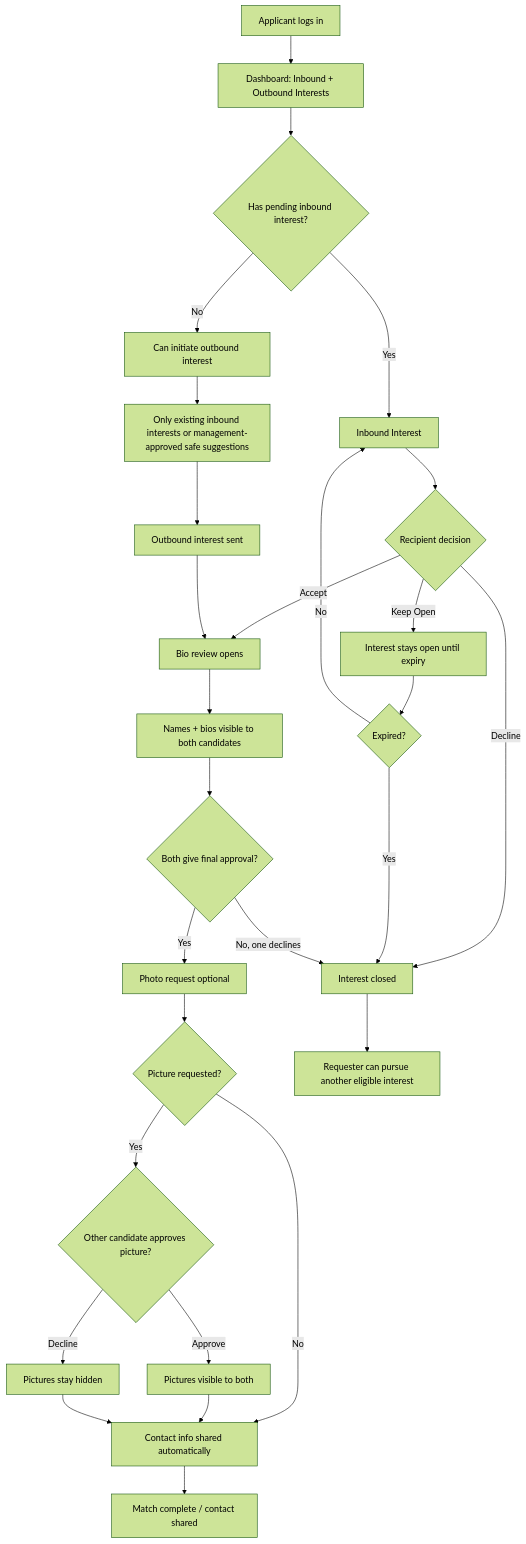
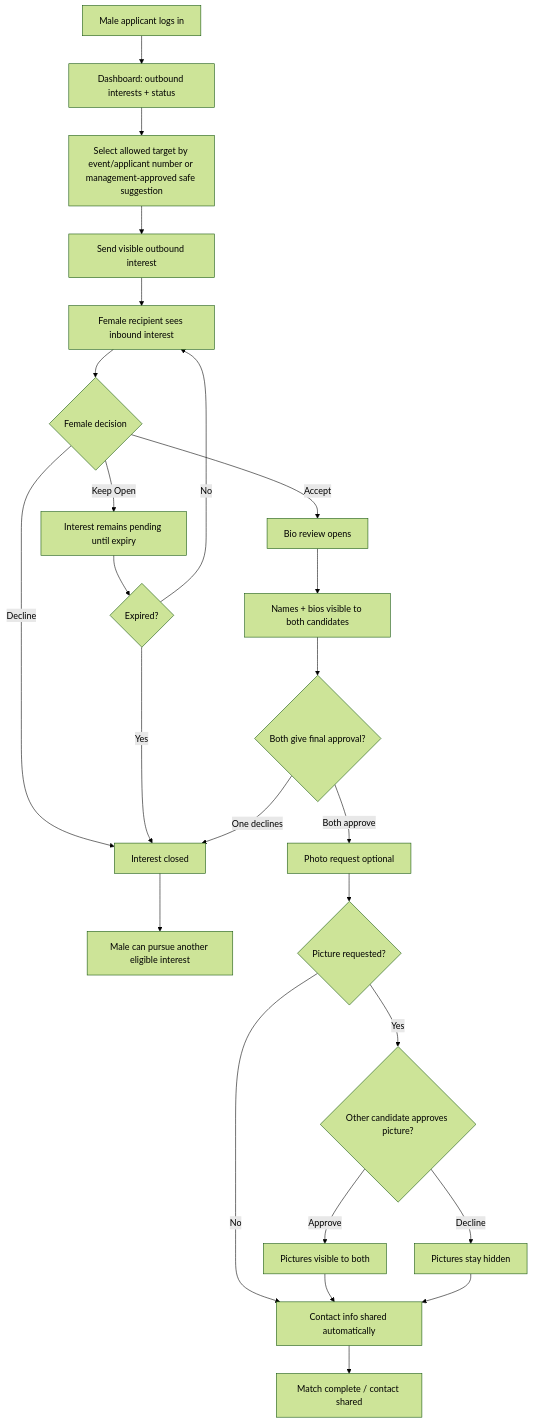
The first of 2 diagrams in docs/interest-management-flow-graph.md (moeghashim/taaruf), drawn with Mermaid (forest theme) before and after one commit. The commit also changed other lines of this file and 3 other files, not shown here.

Commit message:
Document gender-specific interest flow

````diff
--- a/docs/interest-management-flow-graph.md
+++ b/docs/interest-management-flow-graph.md
@@ -3,36 +5,32 @@
 ```mermaid
 flowchart TD
-  A["Applicant logs in"] --> B["Dashboard: Inbound + Outbound Interests"]
+  A["Male applicant logs in"] --> B["Dashboard: outbound interests + status"]
+  B --> C["Select allowed target by event/applicant number or management-approved safe suggestion"]
+  C --> D["Send visible outbound interest"]
+  D --> E["Female recipient sees inbound interest"]
+  E --> F{"Female decision"}
 
-  B --> C{"Has pending inbound interest?"}
+  F -->|Decline| G["Interest closed"]
+  G --> H["Male can pursue another eligible interest"]
 
-  C -->|Yes| D["Inbound Interest"]
-  D --> E{"Recipient decision"}
-  E -->|Decline| F["Interest closed"]
-  E -->|Keep Open| G["Interest stays open until expiry"]
-  G --> H{"Expired?"}
-  H -->|Yes| F
-  H -->|No| D
+  F -->|Keep Open| I["Interest remains pending until expiry"]
+  I --> J{"Expired?"}
+  J -->|No| E
+  J -->|Yes| G
 
-  E -->|Accept| I["Bio review opens"]
-  I --> J["Names + bios visible to both candidates"]
-  J --> K{"Both give final approval?"}
-  K -->|No, one declines| F
-  K -->|Yes| L["Photo request optional"]
+  F -->|Accept| K["Bio review opens"]
+  K --> L["Names + bios visible to both candidates"]
+  L --> M{"Both give final approval?"}
+  M -->|One declines| G
+  M -->|Both approve| N["Photo request optional"]
 
-  L --> M{"Picture requested?"}
-  M -->|No| N["Contact info shared automatically"]
-  M -->|Yes| O{"Other candidate approves picture?"}
-  O -->|Approve| P["Pictures visible to both"]
-  P --> N
-  O -->|Decline| Q["Pictures stay hidden"]
-  Q --> N
+  N --> O{"Picture requested?"}
+  O -->|No| P["Contact info shared automatically"]
+  O -->|Yes| Q{"Other candidate approves picture?"}
+  Q -->|Approve| R["Pictures visible to both"]
+  R --> P
+  Q -->|Decline| S["Pictures stay hidden"]
+  S --> P
 
-  C -->|No| R["Can initiate outbound interest"]
-  R --> S["Only existing inbound interests or management-approved safe suggestions"]
-  S --> T["Outbound interest sent"]
-  T --> I
-
-  N --> U["Match complete / contact shared"]
-  F --> V["Requester can pursue another eligible interest"]
+  P --> T["Match complete / contact shared"]
 ```
````
